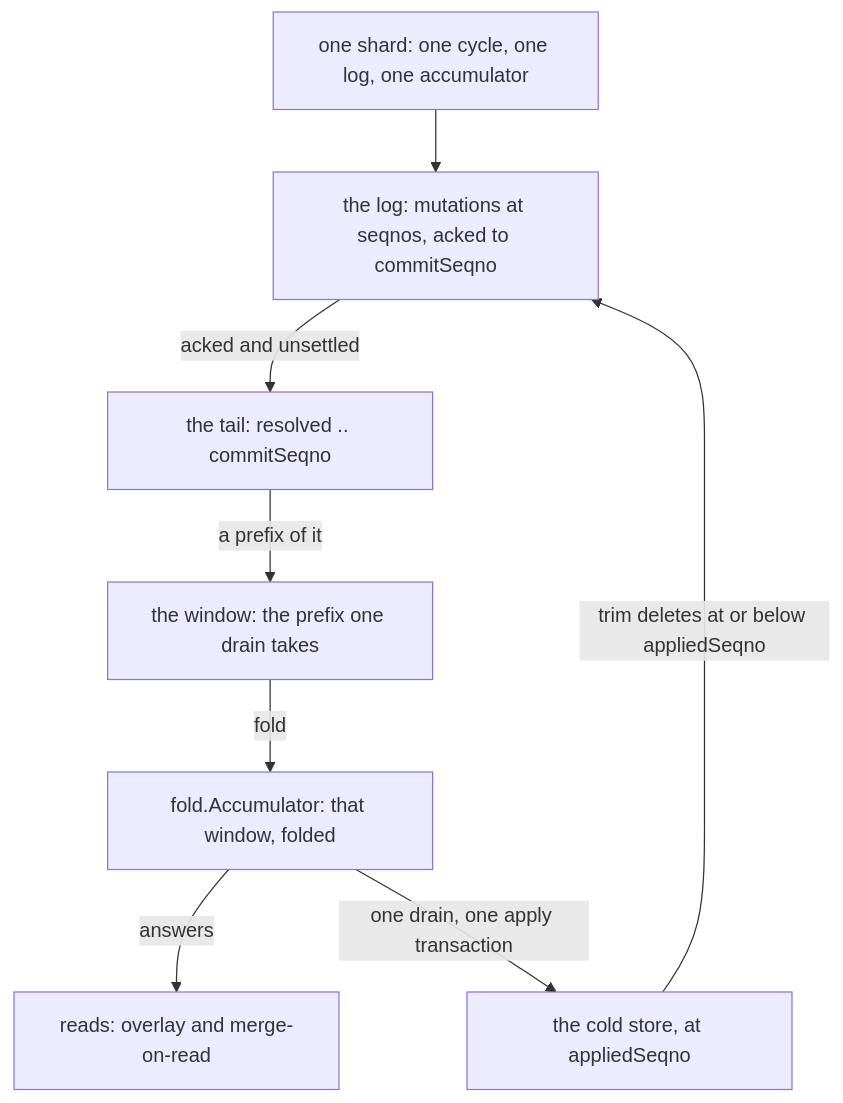
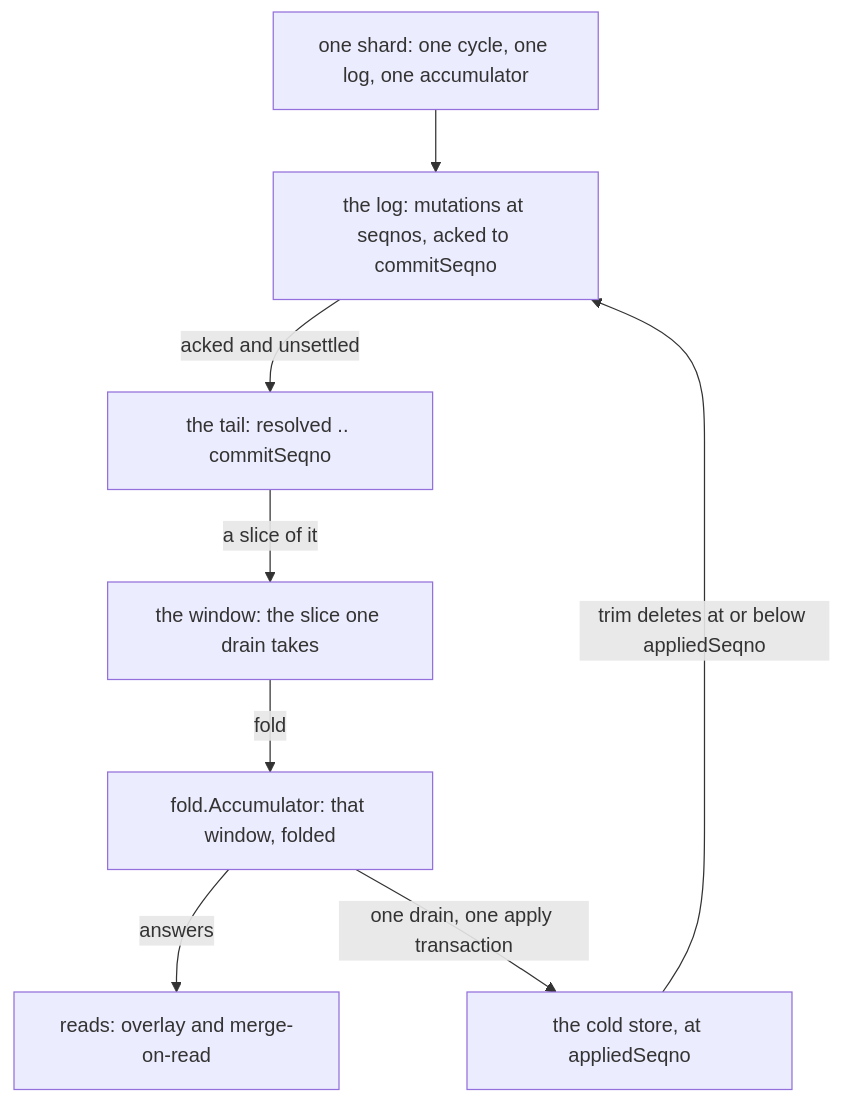
One commit to aromanovich/waltz changed the first of 3 diagrams in docs/handbook/02-concepts-and-invariants.md. Above: the diagram before and after it, drawn with Mermaid. The commit also changed other lines of this file and 20 other files, not shown here.

````diff
--- a/docs/handbook/02-concepts-and-invariants.md
+++ b/docs/handbook/02-concepts-and-invariants.md
@@ -461,18 +461,18 @@
 ```mermaid
 graph TD
   SH["one shard: one cycle, one log, one accumulator"]
   LOG["the log: mutations at seqnos, acked to commitSeqno"]
   TAIL["the tail: resolved .. commitSeqno"]
-  WIN["the window: the prefix one drain takes"]
+  WIN["the window: the slice one drain takes"]
   ACC["fold.Accumulator: that window, folded"]
   RD["reads: overlay and merge-on-read"]
   CS["the cold store, at appliedSeqno"]
 
   SH --> LOG
   LOG -->|"acked and unsettled"| TAIL
-  TAIL -->|"a prefix of it"| WIN
+  TAIL -->|"a slice of it"| WIN
   WIN -->|"fold"| ACC
   ACC -->|"answers"| RD
   ACC -->|"one drain, one apply transaction"| CS
   CS -->|"trim deletes at or below appliedSeqno"| LOG
 ```
````
